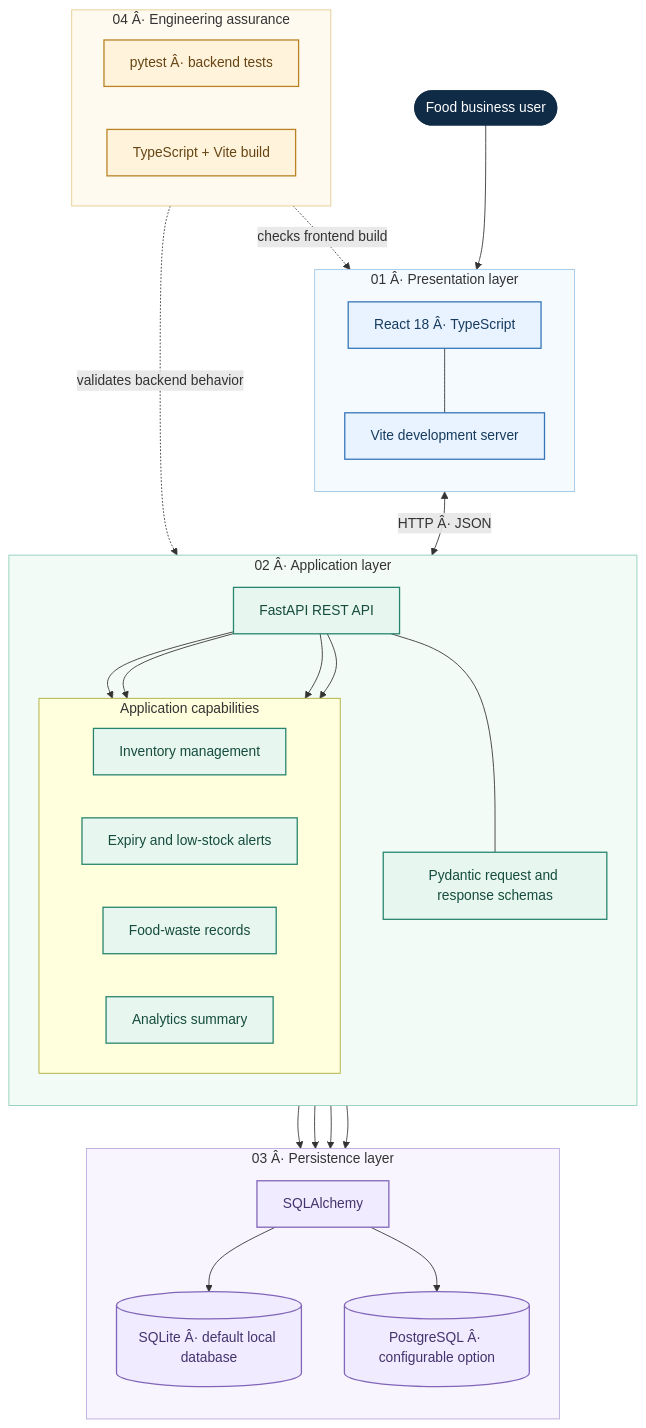
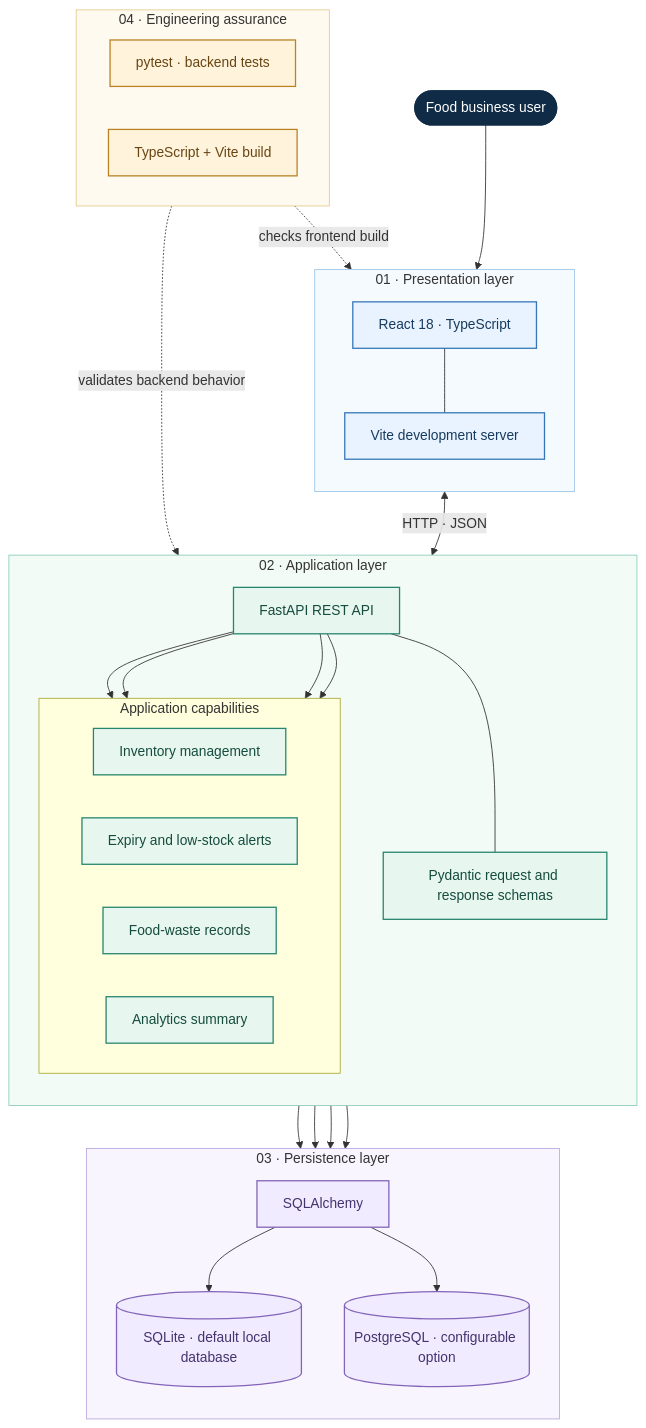
Before and after one commit to jcdumlao14/harvestguard-ai: the diagram in README.md, drawn with Mermaid.

Commit message:
Fix README architecture encoding

````diff
--- a/README.md
+++ b/README.md
@@ -43,72 +43,72 @@
 ```mermaid
 flowchart TB
     USER(["Food business user"])
 
-    subgraph UI["01 Â· Presentation layer"]
+    subgraph UI["01 · Presentation layer"]
         direction TB
-        WEB["React 18 Â· TypeScript"]
+        WEB["React 18 · TypeScript"]
         VITE["Vite development server"]
         WEB --- VITE
     end
 
-    subgraph API["02 Â· Application layer"]
+    subgraph API["02 · Application layer"]
         direction TB
         FASTAPI["FastAPI REST API"]
         VALIDATE["Pydantic request and response schemas"]
 
         subgraph SERVICES["Application capabilities"]
             direction LR
             INV["Inventory management"]
             ALERT["Expiry and low-stock alerts"]
             WASTE["Food-waste records"]
             ANALYTICS["Analytics summary"]
         end
 
         FASTAPI --- VALIDATE
         FASTAPI --> INV
         FASTAPI --> ALERT
         FASTAPI --> WASTE
         FASTAPI --> ANALYTICS
     end
 
-    subgraph DATA["03 Â· Persistence layer"]
+    subgraph DATA["03 · Persistence layer"]
         direction TB
         ORM["SQLAlchemy"]
-        SQLITE[("SQLite Â· default local database")]
-        PG[("PostgreSQL Â· configurable option")]
+        SQLITE[("SQLite · default local database")]
+        PG[("PostgreSQL · configurable option")]
         ORM --> SQLITE
         ORM --> PG
     end
 
-    subgraph QUALITY["04 Â· Engineering assurance"]
+    subgraph QUALITY["04 · Engineering assurance"]
         direction LR
-        PYTEST["pytest Â· backend tests"]
+        PYTEST["pytest · backend tests"]
         BUILD["TypeScript + Vite build"]
     end
 
     USER --> WEB
-    WEB <-->|"HTTP Â· JSON"| FASTAPI
+    WEB <-->|"HTTP · JSON"| FASTAPI
     INV --> ORM
     ALERT --> ORM
     WASTE --> ORM
     ANALYTICS --> ORM
     PYTEST -. "validates backend behavior" .-> FASTAPI
     BUILD -. "checks frontend build" .-> WEB
 
     classDef presentation fill:#E8F3FF,stroke:#3676B8,color:#173B5E,stroke-width:1.5px
     classDef application fill:#E7F7F0,stroke:#27856D,color:#164C3D,stroke-width:1.5px
     classDef persistence fill:#F0EBFF,stroke:#8265B8,color:#44336D,stroke-width:1.5px
     classDef quality fill:#FFF3DC,stroke:#B98225,color:#664512,stroke-width:1.5px
     classDef user fill:#102B46,stroke:#102B46,color:#FFFFFF,stroke-width:2px
 
     class USER user
     class WEB,VITE presentation
     class FASTAPI,VALIDATE,INV,ALERT,WASTE,ANALYTICS application
     class ORM,SQLITE,PG persistence
     class PYTEST,BUILD quality
 
     style UI fill:#F5FAFF,stroke:#9CC5E8,stroke-width:1px
     style API fill:#F3FBF7,stroke:#8BCDB8,stroke-width:1px
     style DATA fill:#F8F5FF,stroke:#B9A8E0,stroke-width:1px
     style QUALITY fill:#FFFAEF,stroke:#E4C98C,stroke-width:1px
 ```
````
